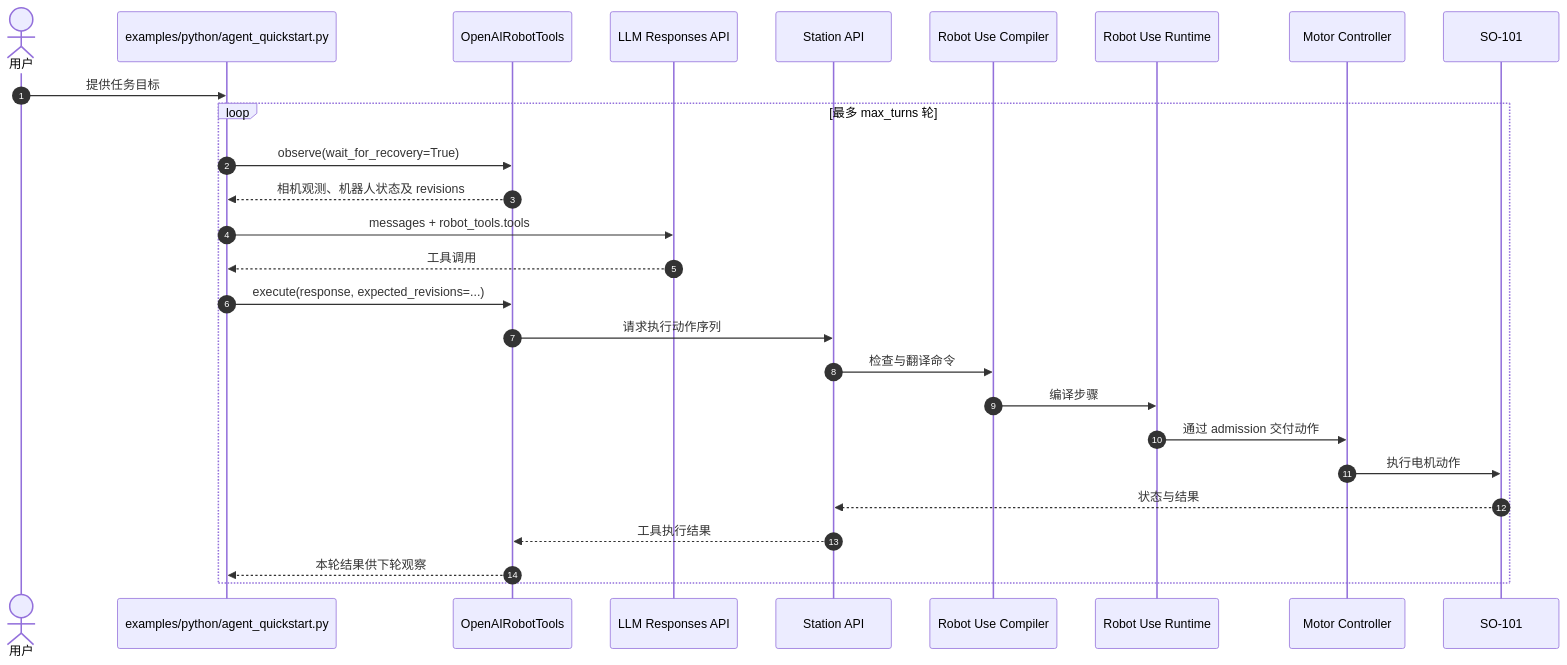
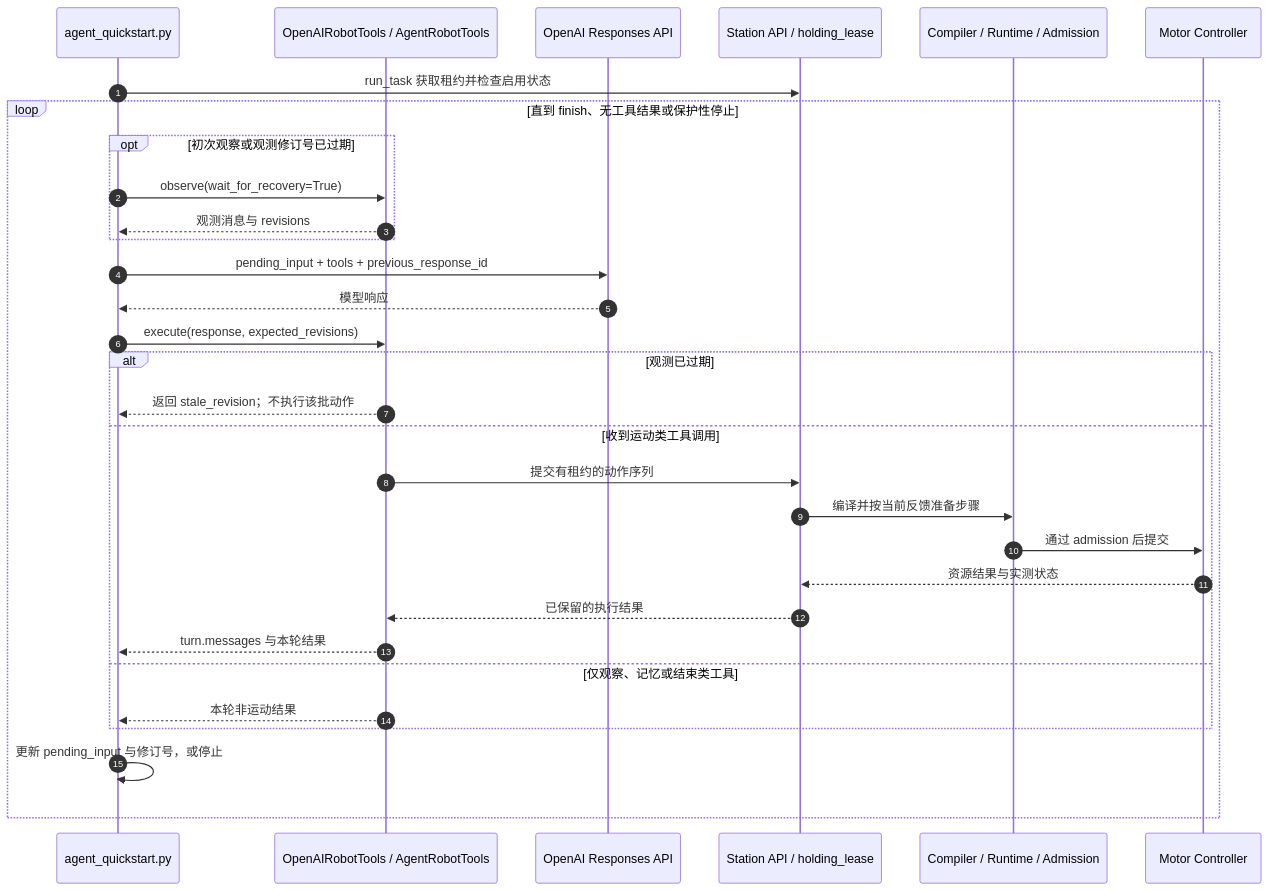
The second of 2 diagrams in wiki/entities/hebbian-rua.md (ImChong/Robotics_Notebooks), drawn with Mermaid before and after one commit. The commit also changed other lines of this file and 29 other files, not shown here.

````diff
--- a/wiki/entities/hebbian-rua.md
+++ b/wiki/entities/hebbian-rua.md
@@ -79,29 +85,33 @@
 ```mermaid
 sequenceDiagram
   autonumber
-  actor User as 用户
-  participant App as examples/python/agent_quickstart.py
-  participant SDK as OpenAIRobotTools
-  participant LLM as LLM Responses API
-  participant Station as Station API
-  participant Compiler as Robot Use Compiler
-  participant Runtime as Robot Use Runtime
+  participant App as agent_quickstart.py
+  participant SDK as OpenAIRobotTools / AgentRobotTools
+  participant LLM as OpenAI Responses API
+  participant Station as Station API / holding_lease
+  participant Motion as Compiler / Runtime / Admission
   participant Motor as Motor Controller
-  participant Arm as SO-101
-  User->>App: 提供任务目标
-  loop 最多 max_turns 轮
-    App->>SDK: observe(wait_for_recovery=True)
-    SDK-->>App: 相机观测、机器人状态及 revisions
-    App->>LLM: messages + robot_tools.tools
-    LLM-->>App: 工具调用
-    App->>SDK: execute(response, expected_revisions=...)
-    SDK->>Station: 请求执行动作序列
-    Station->>Compiler: 检查与翻译命令
-    Compiler->>Runtime: 编译步骤
-    Runtime->>Motor: 通过 admission 交付动作
-    Motor->>Arm: 执行电机动作
-    Arm-->>Station: 状态与结果
-    Station-->>SDK: 工具执行结果
-    SDK-->>App: 本轮结果供下轮观察
+  App->>Station: run_task 获取租约并检查启用状态
+  loop 直到 finish、无工具结果或保护性停止
+    opt 初次观察或观测修订号已过期
+      App->>SDK: observe(wait_for_recovery=True)
+      SDK-->>App: 观测消息与 revisions
+    end
+    App->>LLM: pending_input + tools + previous_response_id
+    LLM-->>App: 模型响应
+    App->>SDK: execute(response, expected_revisions)
+    alt 观测已过期
+      SDK-->>App: 返回 stale_revision；不执行该批动作
+    else 收到运动类工具调用
+      SDK->>Station: 提交有租约的动作序列
+      Station->>Motion: 编译并按当前反馈准备步骤
+      Motion->>Motor: 通过 admission 后提交
+      Motor-->>Station: 资源结果与实测状态
+      Station-->>SDK: 已保留的执行结果
+      SDK-->>App: turn.messages 与本轮结果
+    else 仅观察、记忆或结束类工具
+      SDK-->>App: 本轮非运动结果
+    end
+    App->>App: 更新 pending_input 与修订号，或停止
   end
 ```
````
